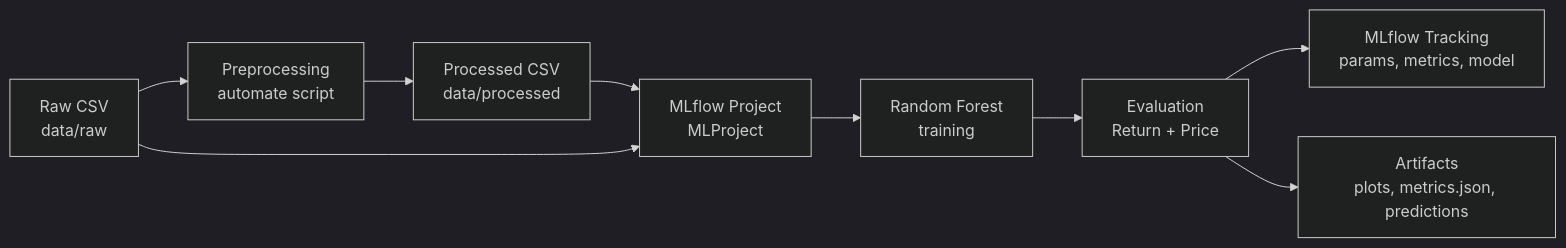
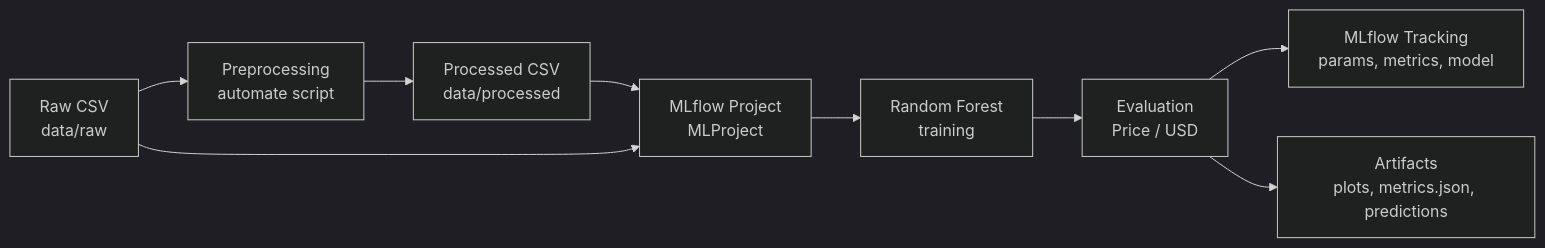
Before and after one commit to Valentino812/Gold-Price-Prediction-End-to-End-MLOps-Pipeline: the diagram in README.md, drawn with Mermaid (dark theme). The commit also changed other lines of this file and 1 other file, not shown here.

First line of the commit message:
refactor(evaluation): [report MAE/RMSE/MAPE/R2 only on reconstructed USD prices]

````diff
--- a/README.md
+++ b/README.md
@@ -65,11 +65,11 @@
 ```mermaid
 flowchart LR
     A[Raw CSV<br/>data/raw] --> B[Preprocessing<br/>automate script]
     B --> C[Processed CSV<br/>data/processed]
     C --> D[MLflow Project<br/>MLProject]
     A --> D
     D --> E[Random Forest<br/>training]
-    E --> F[Evaluation<br/>Return + Price]
+    E --> F[Evaluation<br/>Price / USD]
     F --> G[MLflow Tracking<br/>params, metrics, model]
     F --> H[Artifacts<br/>plots, metrics.json, predictions]
 ```
````
